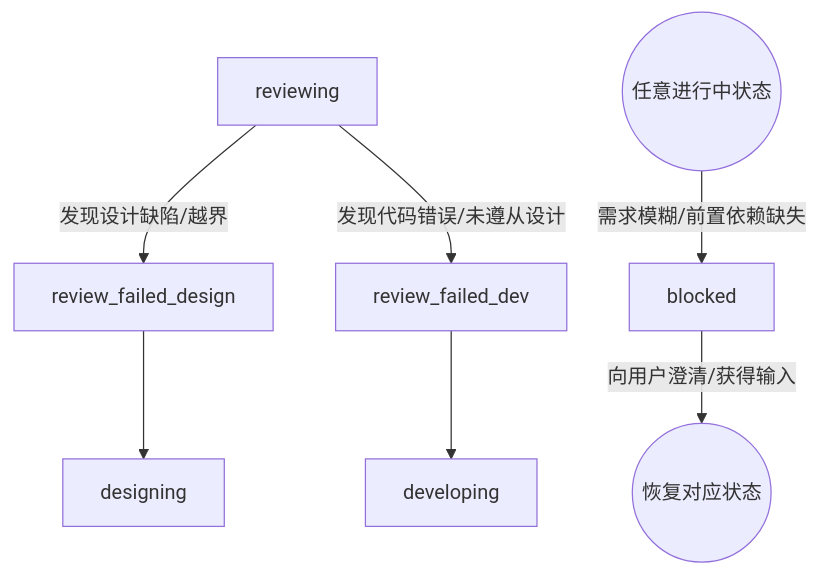
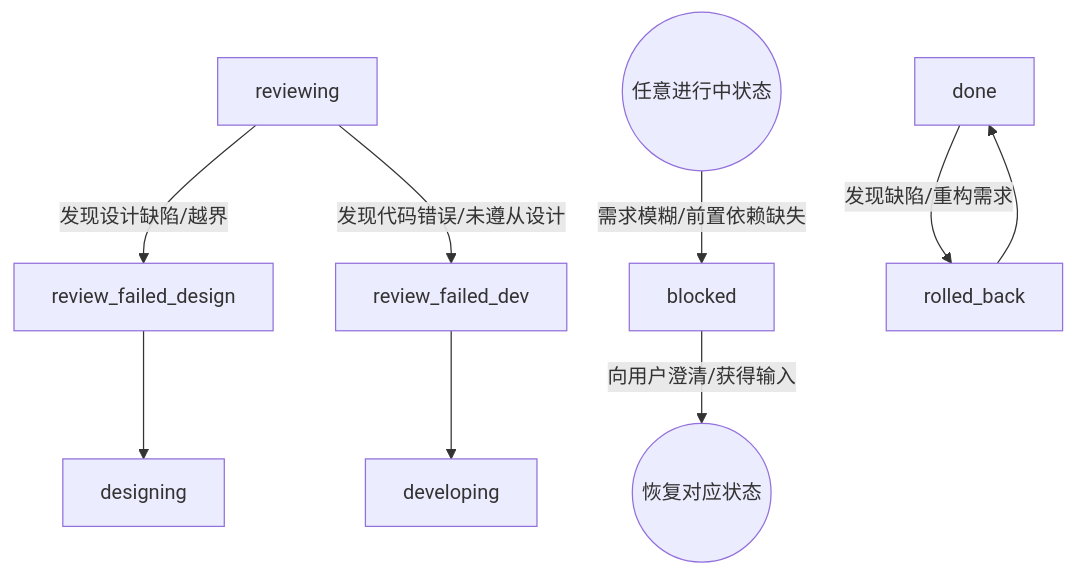
Before and after one commit to liheng131/scdc: the second of 3 diagrams in docs/flow.md, drawn with Mermaid. The commit also changed other lines of this file and 151 other files, not shown here.

````diff
--- a/docs/flow.md
+++ b/docs/flow.md
@@ -71,11 +73,14 @@
 ```mermaid
 flowchart TD
     reviewing -->|发现设计缺陷/越界| review_failed_design
     reviewing -->|发现代码错误/未遵从设计| review_failed_dev
     
     review_failed_design --> designing
     review_failed_dev --> developing
     
     any((任意进行中状态)) -->|需求模糊/前置依赖缺失| blocked
     blocked -->|向用户澄清/获得输入| resumed((恢复对应状态))
+    
+    done -->|发现缺陷/重构需求| rolled_back
+    rolled_back --> done
 ```
````
